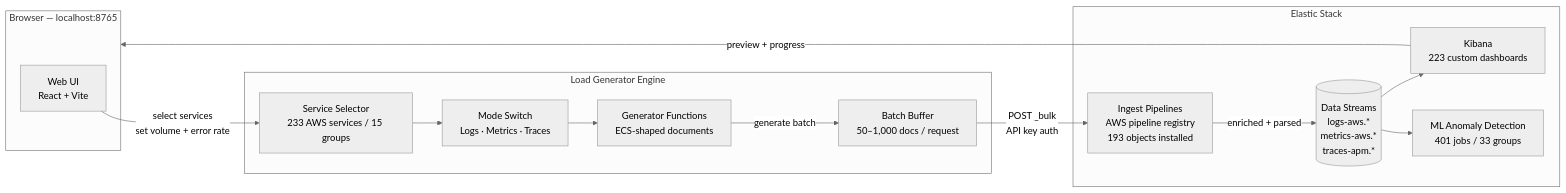
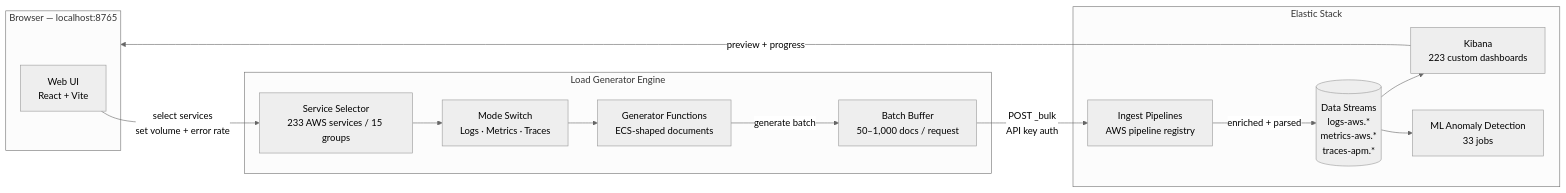
Before and after one commit to rkernutt/cloud-to-elastic-load-generator: the first of 14 diagrams in docs/diagrams.md, drawn with Mermaid (neutral theme). The commit also changed other lines of this file and 59 other files, not shown here.

````diff
--- a/docs/diagrams.md
+++ b/docs/diagrams.md
@@ -11,30 +11,30 @@
 ```mermaid
 flowchart LR
     subgraph Browser["Browser — localhost:8765"]
         UI["Web UI\nReact + Vite"]
     end
 
     subgraph Engine["Load Generator Engine"]
         SEL["Service Selector\n233 AWS services / 15 groups"]
         MODE["Mode Switch\nLogs · Metrics · Traces"]
         GEN["Generator Functions\nECS-shaped documents"]
         BUF["Batch Buffer\n50–1,000 docs / request"]
     end
 
     subgraph Elastic["Elastic Stack"]
-        PIPE["Ingest Pipelines\nAWS pipeline registry\n193 objects installed"]
+        PIPE["Ingest Pipelines\nAWS pipeline registry"]
         DS[("Data Streams\nlogs-aws.*\nmetrics-aws.*\ntraces-apm.*")]
         KB["Kibana\n223 custom dashboards"]
-        ML["ML Anomaly Detection\n401 jobs / 33 groups"]
+        ML["ML Anomaly Detection\n33 jobs"]
     end
 
     UI -->|"select services\nset volume + error rate"| SEL
     SEL --> MODE
     MODE --> GEN
     GEN -->|"generate batch"| BUF
     BUF -->|"POST _bulk\nAPI key auth"| PIPE
     PIPE -->|"enriched + parsed"| DS
     DS --> KB
     DS --> ML
     KB -->|"preview + progress"| Browser
 ```
````
